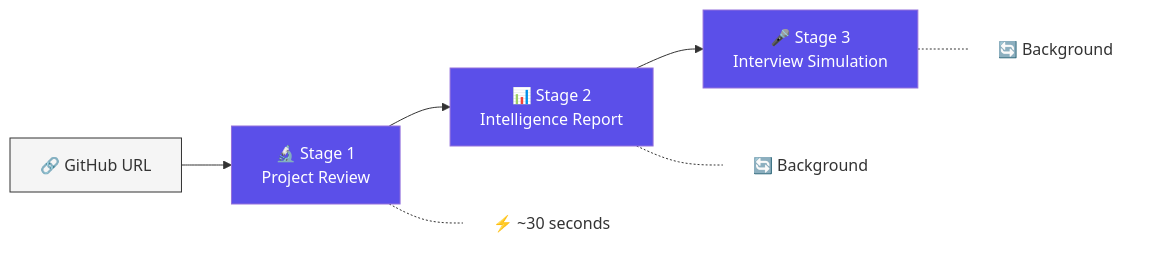
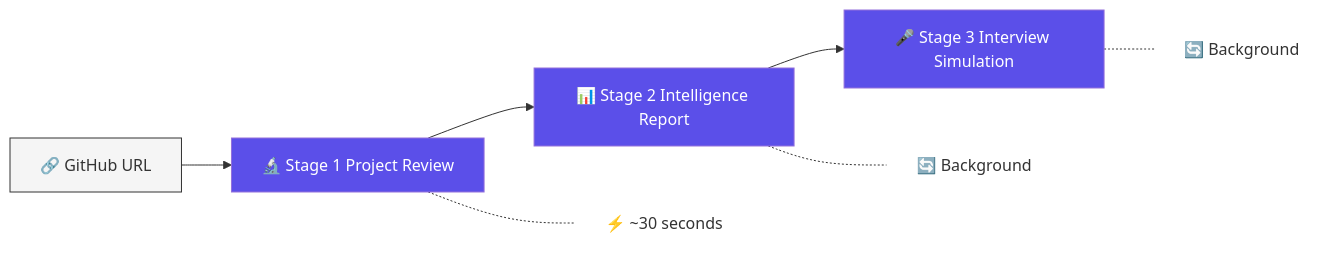
One commit to Rounakneema/DevContext.AI changed the first of 5 diagrams in README.md. Above: the diagram before and after it, drawn with Mermaid.

````diff
--- a/README.md
+++ b/README.md
@@ -35,18 +35,18 @@
 ```mermaid
 flowchart LR
-    A[🔗 GitHub URL] --> B[🔬 Stage 1\nProject Review]
-    B --> C[📊 Stage 2\nIntelligence Report]
-    C --> D[🎤 Stage 3\nInterview Simulation]
+    A[🔗 GitHub URL] --> B[🔬 Stage 1 Project Review]
+    B --> C[📊 Stage 2 Intelligence Report]
+    C --> D[🎤 Stage 3 Interview Simulation]
 
     B -.- E[⚡ ~30 seconds]
     C -.- F[🔄 Background]
     D -.- G[🔄 Background]
 
     style A fill:#f5f5f5,stroke:#333
     style B fill:#5B4FE9,color:#fff
     style C fill:#5B4FE9,color:#fff
     style D fill:#5B4FE9,color:#fff
     style E fill:transparent,stroke:none
     style F fill:transparent,stroke:none
     style G fill:transparent,stroke:none
 ```
````
